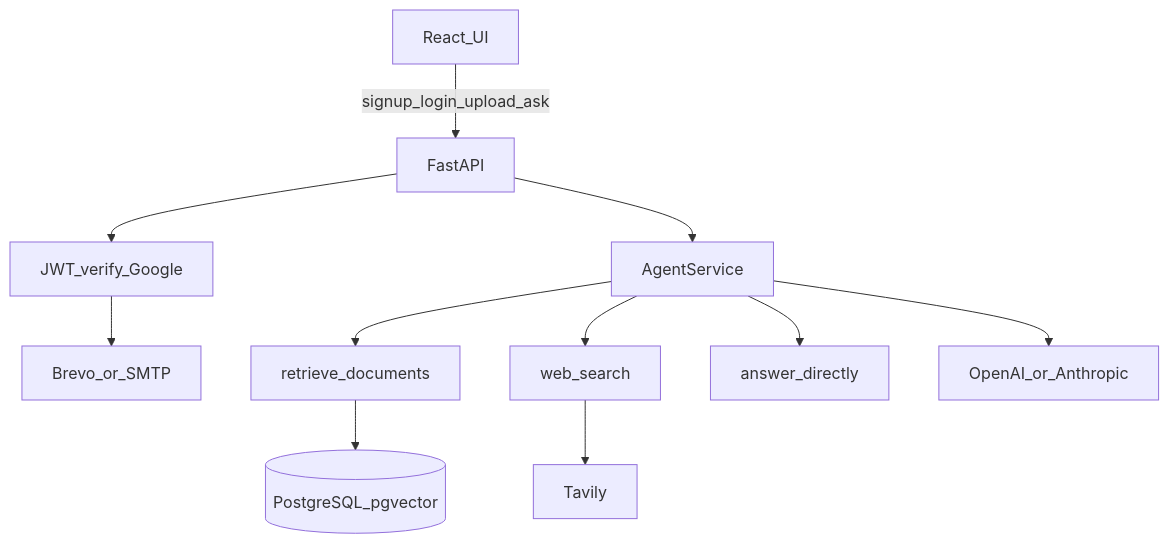
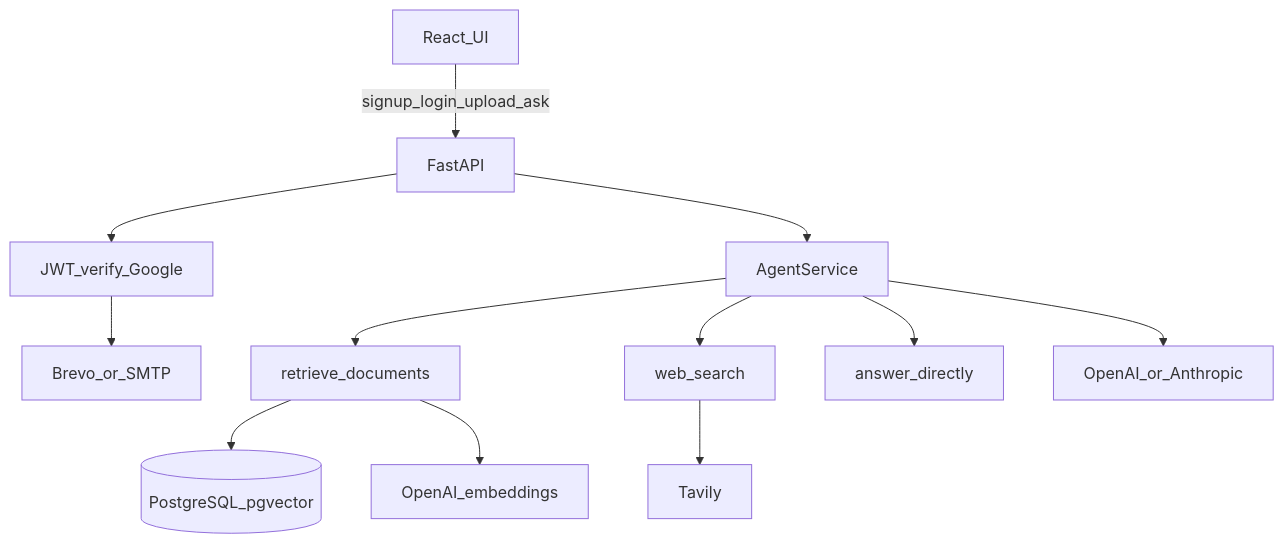
The diagram in README.md (mercuriorenau/Agentic-RAG-API), drawn with Mermaid before and after one commit. The commit also changed other lines of this file and 3 other files, not shown here.

````diff
--- a/README.md
+++ b/README.md
@@ -72,25 +72,27 @@
 ```mermaid
 flowchart TB
   UI[React_UI]
   API[FastAPI]
   Auth[JWT_verify_Google]
   Email[Brevo_or_SMTP]
   Agent[AgentService]
   Retrieve[retrieve_documents]
   Web[web_search]
   Direct[answer_directly]
   PG[(PostgreSQL_pgvector)]
   LLM[OpenAI_or_Anthropic]
+  Embed[OpenAI_embeddings]
   Tavily[Tavily]
 
   UI -->|signup_login_upload_ask| API
   API --> Auth
   Auth --> Email
   API --> Agent
   Agent --> LLM
   Agent --> Retrieve
   Agent --> Web
   Agent --> Direct
   Retrieve --> PG
+  Retrieve --> Embed
   Web --> Tavily
 ```
````
